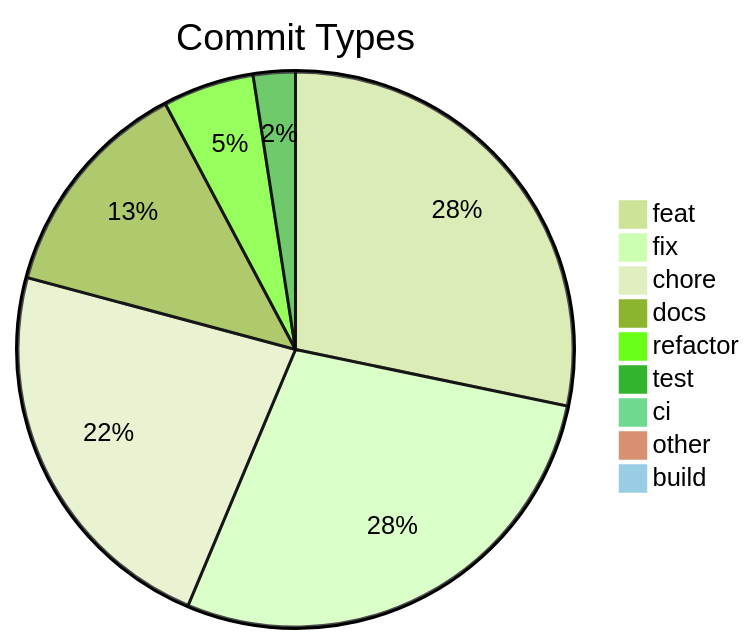
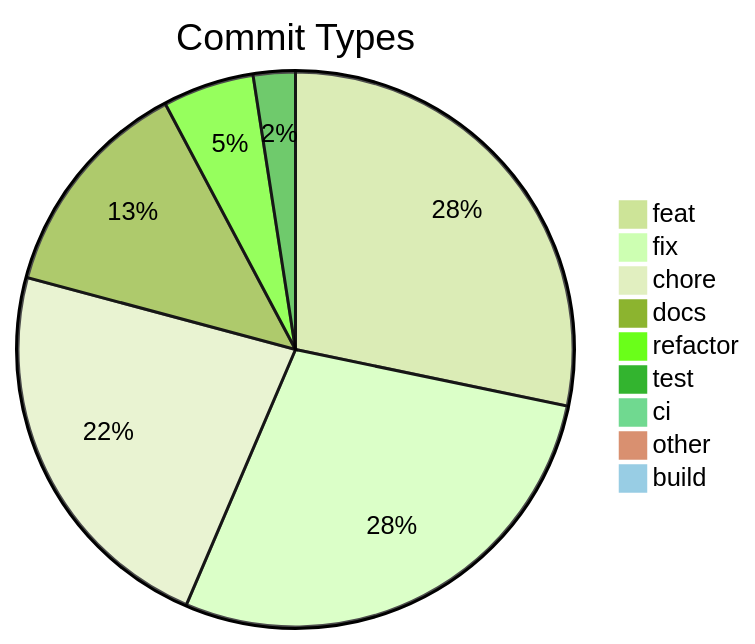
Before and after one commit to svenroth-ai/shipwright: the diagram in .shipwright/compliance/change-history.md, drawn with Mermaid (forest theme). The commit also changed other lines of this file and 18 other files, not shown here.

````diff
--- a/.shipwright/compliance/change-history.md
+++ b/.shipwright/compliance/change-history.md
@@ -8,12 +8,12 @@
 ```mermaid
 pie title Commit Types
     "feat" : 266
-    "fix" : 264
-    "chore" : 215
+    "fix" : 265
+    "chore" : 214
     "docs" : 123
     "refactor" : 50
     "test" : 23
     "ci" : 7
     "other" : 7
     "build" : 1
 ```
````
